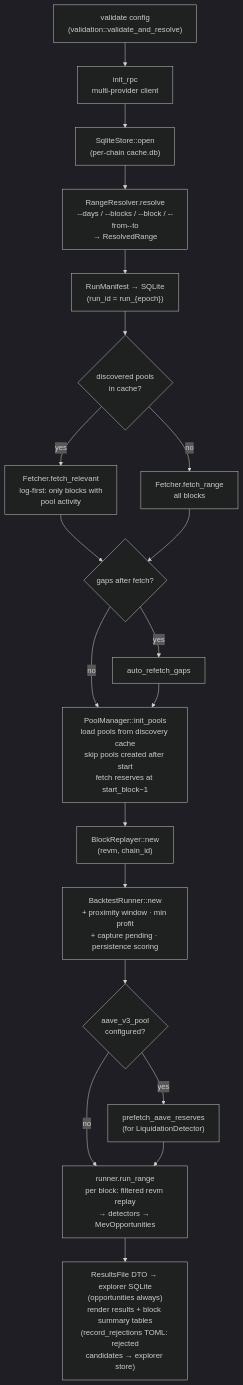
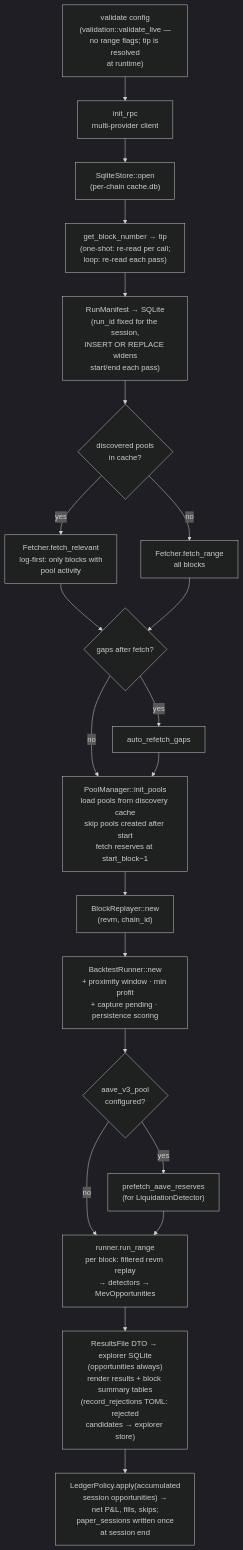
Before and after one commit to moha-moradi/mev-scout: the sixth of 11 diagrams in docs/ARCHITECTURE.md, drawn with Mermaid (dark theme). The commit also changed other lines of this file and 27 other files, not shown here.

````diff
--- a/docs/ARCHITECTURE.md
+++ b/docs/ARCHITECTURE.md
@@ -318,22 +319,23 @@
 ```mermaid
 flowchart TB
-    A["validate config<br/>(validation::validate_and_resolve)"] --> B["init_rpc<br/>multi-provider client"]
+    A["validate config<br/>(validation::validate_live —<br/>no range flags; tip is resolved<br/>at runtime)"] --> B["init_rpc<br/>multi-provider client"]
     B --> C["SqliteStore::open<br/>(per-chain cache.db)"]
-    C --> D["RangeResolver.resolve<br/>--days / --blocks / --block / --from--to<br/>→ ResolvedRange"]
-    D --> E["RunManifest → SQLite<br/>(run_id = run_{epoch})"]
+    C --> D["get_block_number → tip<br/>(one-shot: re-read per call;<br/>loop: re-read each pass)"]
+    D --> E["RunManifest → SQLite<br/>(run_id fixed for the session,<br/>INSERT OR REPLACE widens<br/>start/end each pass)"]
     E --> F{"discovered pools<br/>in cache?"}
     F -- "yes" --> G["Fetcher.fetch_relevant<br/>log-first: only blocks with<br/>pool activity"]
     F -- "no" --> H["Fetcher.fetch_range<br/>all blocks"]
     G --> I{"gaps after fetch?"}
     H --> I
     I -- yes --> J["auto_refetch_gaps"]
     I -- no --> K
     J --> K["PoolManager::init_pools<br/>load pools from discovery cache<br/>skip pools created after start<br/>fetch reserves at start_block−1"]
     K --> L["BlockReplayer::new<br/>(revm, chain_id)"]
     L --> M["BacktestRunner::new<br/>+ proximity window · min profit<br/>+ capture pending · persistence scoring"]
     M --> N{"aave_v3_pool<br/>configured?"}
     N -- yes --> O["prefetch_aave_reserves<br/>(for LiquidationDetector)"]
     N -- no --> P
     O --> P["runner.run_range<br/>per block: filtered revm replay<br/>→ detectors → MevOpportunities"]
     P --> Q["ResultsFile DTO → explorer SQLite<br/>(opportunities always)<br/>render results + block summary tables<br/>(record_rejections TOML: rejected<br/>candidates → explorer store)"]
+    Q --> R["LedgerPolicy.apply(accumulated<br/>session opportunities) →<br/>net P&L, fills, skips;<br/>paper_sessions written once<br/>at session end"]
 ```
````
